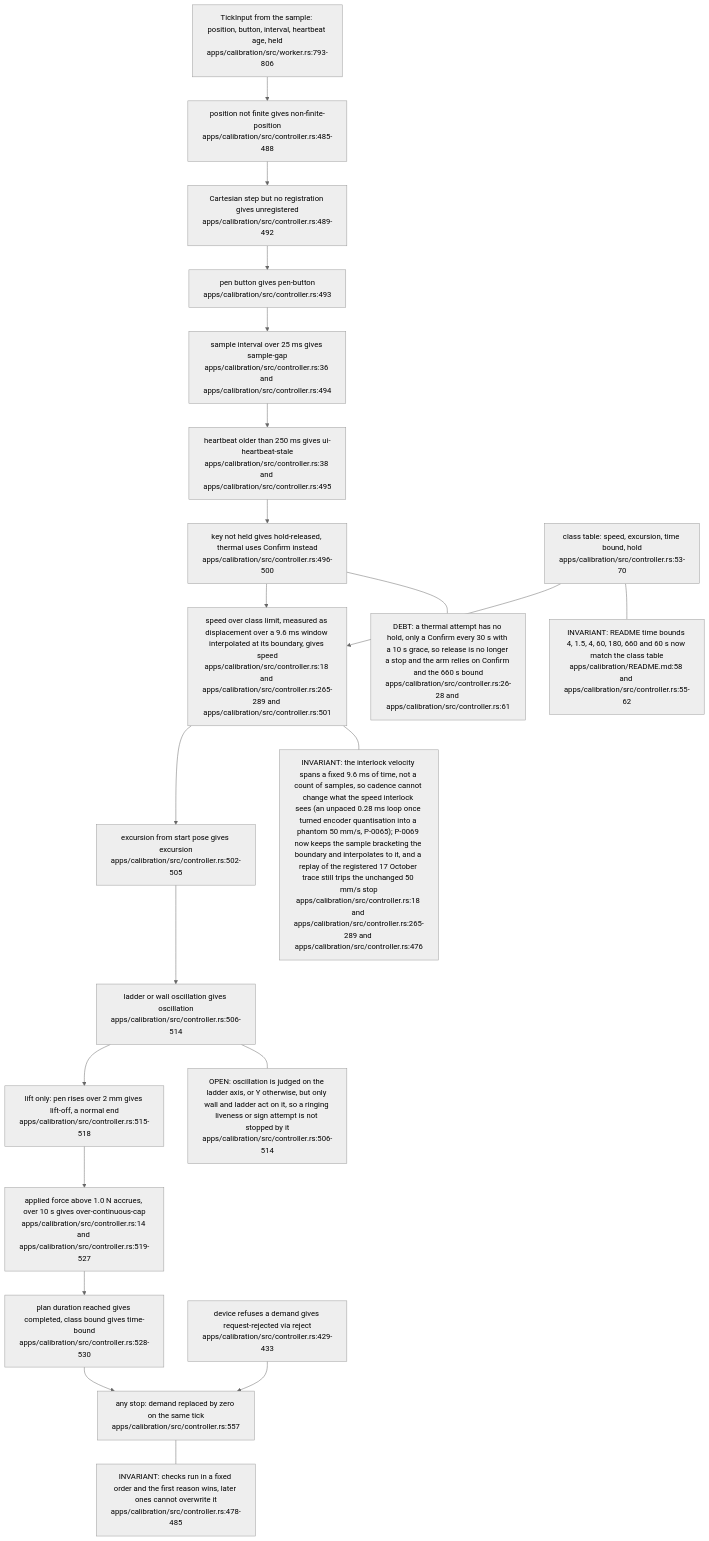
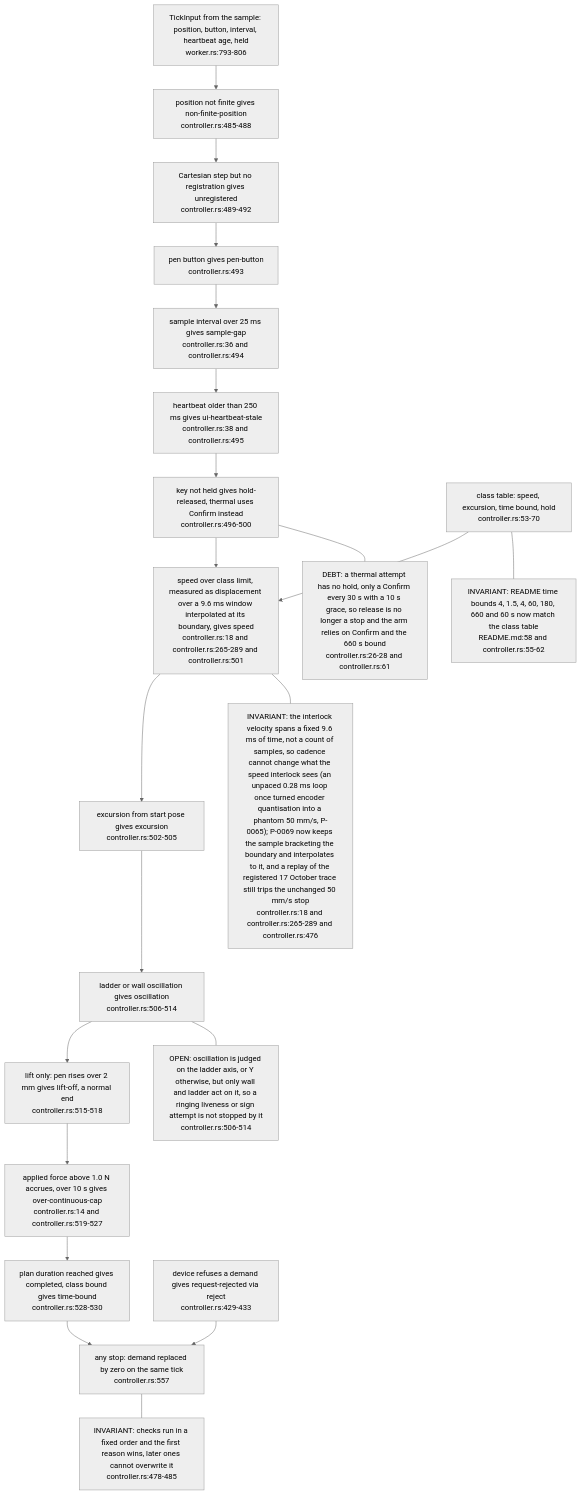
The third of 7 diagrams in docs/diagrams/visiontouch-rs/08-calibration-studio-and-verification-ladder.md (DreamLab-AI/VisionFlow), drawn with Mermaid (neutral theme) before and after one commit. The commit also changed other lines of this file and 27 other files, not shown here.

````diff
--- a/docs/diagrams/visiontouch-rs/08-calibration-studio-and-verification-ladder.md
+++ b/docs/diagrams/visiontouch-rs/08-calibration-studio-and-verification-ladder.md
@@ -132,44 +137,44 @@
 ```mermaid
 flowchart TB
-    IN["TickInput from the sample: position, button, interval, heartbeat age, held<br/>apps/calibration/src/worker.rs:793-806"]
-    NF["position not finite gives non-finite-position<br/>apps/calibration/src/controller.rs:485-488"]
-    UR["Cartesian step but no registration gives unregistered<br/>apps/calibration/src/controller.rs:489-492"]
-    BT["pen button gives pen-button<br/>apps/calibration/src/controller.rs:493"]
-    GAP["sample interval over 25 ms gives sample-gap<br/>apps/calibration/src/controller.rs:36 and apps/calibration/src/controller.rs:494"]
-    HB["heartbeat older than 250 ms gives ui-heartbeat-stale<br/>apps/calibration/src/controller.rs:38 and apps/calibration/src/controller.rs:495"]
-    HOLD["key not held gives hold-released, thermal uses Confirm instead<br/>apps/calibration/src/controller.rs:496-500"]
-    SPD["speed over class limit, measured as displacement over a 9.6 ms window interpolated at its boundary, gives speed<br/>apps/calibration/src/controller.rs:18 and apps/calibration/src/controller.rs:265-289 and apps/calibration/src/controller.rs:501"]
-    EXC["excursion from start pose gives excursion<br/>apps/calibration/src/controller.rs:502-505"]
-    OSC["ladder or wall oscillation gives oscillation<br/>apps/calibration/src/controller.rs:506-514"]
-    LFT["lift only: pen rises over 2 mm gives lift-off, a normal end<br/>apps/calibration/src/controller.rs:515-518"]
-    BUD["applied force above 1.0 N accrues, over 10 s gives over-continuous-cap<br/>apps/calibration/src/controller.rs:14 and apps/calibration/src/controller.rs:519-527"]
-    END["plan duration reached gives completed, class bound gives time-bound<br/>apps/calibration/src/controller.rs:528-530"]
-    ZERO["any stop: demand replaced by zero on the same tick<br/>apps/calibration/src/controller.rs:557"]
-    LIM["class table: speed, excursion, time bound, hold<br/>apps/calibration/src/controller.rs:53-70"]
-    REJ["device refuses a demand gives request-rejected via reject<br/>apps/calibration/src/controller.rs:429-433"]
+    IN["TickInput from the sample: position, button, interval, heartbeat age, held<br/>worker.rs:793-806"]
+    NF["position not finite gives non-finite-position<br/>controller.rs:485-488"]
+    UR["Cartesian step but no registration gives unregistered<br/>controller.rs:489-492"]
+    BT["pen button gives pen-button<br/>controller.rs:493"]
+    GAP["sample interval over 25 ms gives sample-gap<br/>controller.rs:36 and controller.rs:494"]
+    HB["heartbeat older than 250 ms gives ui-heartbeat-stale<br/>controller.rs:38 and controller.rs:495"]
+    HOLD["key not held gives hold-released, thermal uses Confirm instead<br/>controller.rs:496-500"]
+    SPD["speed over class limit, measured as displacement over a 9.6 ms window interpolated at its boundary, gives speed<br/>controller.rs:18 and controller.rs:265-289 and controller.rs:501"]
+    EXC["excursion from start pose gives excursion<br/>controller.rs:502-505"]
+    OSC["ladder or wall oscillation gives oscillation<br/>controller.rs:506-514"]
+    LFT["lift only: pen rises over 2 mm gives lift-off, a normal end<br/>controller.rs:515-518"]
+    BUD["applied force above 1.0 N accrues, over 10 s gives over-continuous-cap<br/>controller.rs:14 and controller.rs:519-527"]
+    END["plan duration reached gives completed, class bound gives time-bound<br/>controller.rs:528-530"]
+    ZERO["any stop: demand replaced by zero on the same tick<br/>controller.rs:557"]
+    LIM["class table: speed, excursion, time bound, hold<br/>controller.rs:53-70"]
+    REJ["device refuses a demand gives request-rejected via reject<br/>controller.rs:429-433"]
     IN --> NF
     NF --> UR
     UR --> BT
     BT --> GAP
     GAP --> HB
     HB --> HOLD
     HOLD --> SPD
     SPD --> EXC
     EXC --> OSC
     OSC --> LFT
     LFT --> BUD
     BUD --> END
     END --> ZERO
     LIM --> SPD
     REJ --> ZERO
-    N1["INVARIANT: checks run in a fixed order and the first reason wins, later ones cannot overwrite it<br/>apps/calibration/src/controller.rs:478-485"]
-    N2["INVARIANT: the interlock velocity spans a fixed 9.6 ms of time, not a count of samples, so cadence cannot change what the speed interlock sees (an unpaced 0.28 ms loop once turned encoder quantisation into a phantom 50 mm/s, P-0065); P-0069 now keeps the sample bracketing the boundary and interpolates to it, and a replay of the registered 17 October trace still trips the unchanged 50 mm/s stop<br/>apps/calibration/src/controller.rs:18 and apps/calibration/src/controller.rs:265-289 and apps/calibration/src/controller.rs:476"]
-    N5["INVARIANT: README time bounds 4, 1.5, 4, 60, 180, 660 and 60 s now match the class table<br/>apps/calibration/README.md:58 and apps/calibration/src/controller.rs:55-62"]
-    N3["DEBT: a thermal attempt has no hold, only a Confirm every 30 s with a 10 s grace, so release is no longer a stop and the arm relies on Confirm and the 660 s bound<br/>apps/calibration/src/controller.rs:26-28 and apps/calibration/src/controller.rs:61"]
-    N4["OPEN: oscillation is judged on the ladder axis, or Y otherwise, but only wall and ladder act on it, so a ringing liveness or sign attempt is not stopped by it<br/>apps/calibration/src/controller.rs:506-514"]
+    N1["INVARIANT: checks run in a fixed order and the first reason wins, later ones cannot overwrite it<br/>controller.rs:478-485"]
+    N2["INVARIANT: the interlock velocity spans a fixed 9.6 ms of time, not a count of samples, so cadence cannot change what the speed interlock sees (an unpaced 0.28 ms loop once turned encoder quantisation into a phantom 50 mm/s, P-0065); P-0069 now keeps the sample bracketing the boundary and interpolates to it, and a replay of the registered 17 October trace still trips the unchanged 50 mm/s stop<br/>controller.rs:18 and controller.rs:265-289 and controller.rs:476"]
+    N5["INVARIANT: README time bounds 4, 1.5, 4, 60, 180, 660 and 60 s now match the class table<br/>README.md:58 and controller.rs:55-62"]
+    N3["DEBT: a thermal attempt has no hold, only a Confirm every 30 s with a 10 s grace, so release is no longer a stop and the arm relies on Confirm and the 660 s bound<br/>controller.rs:26-28 and controller.rs:61"]
+    N4["OPEN: oscillation is judged on the ladder axis, or Y otherwise, but only wall and ladder act on it, so a ringing liveness or sign attempt is not stopped by it<br/>controller.rs:506-514"]
     ZERO --- N1
     SPD --- N2
     LIM --- N5
     HOLD --- N3
     OSC --- N4
 ```
````
